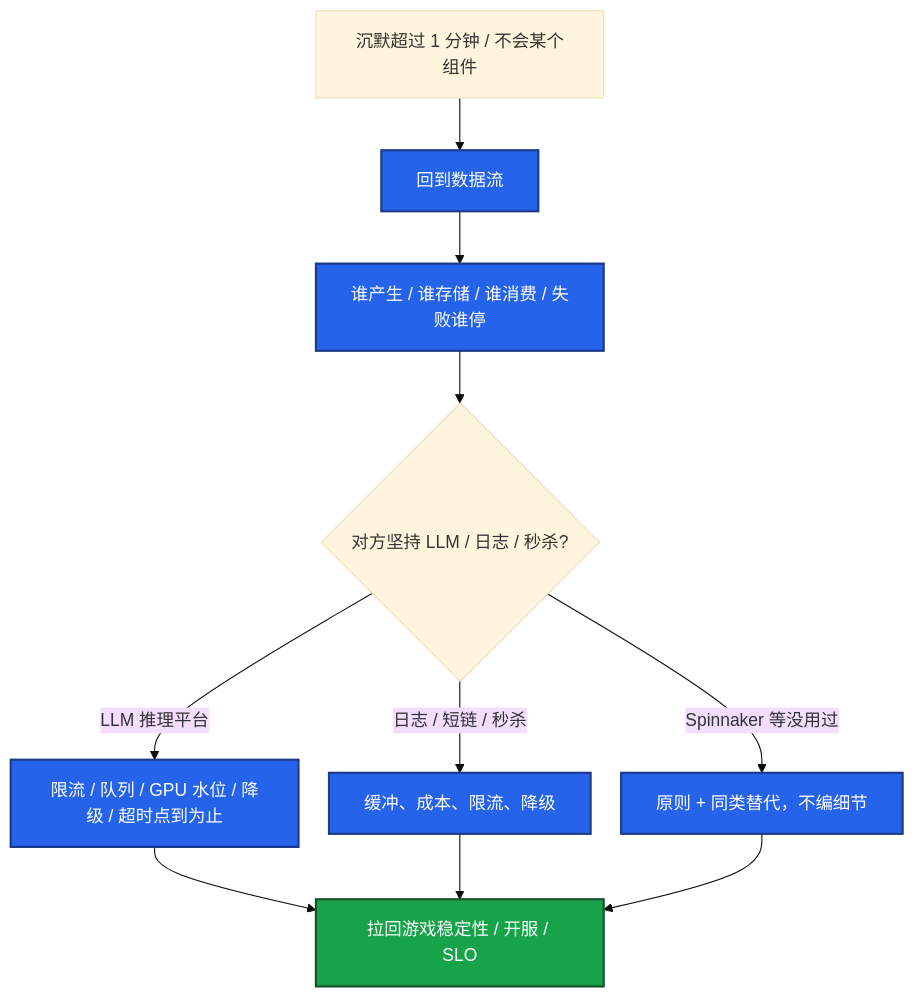
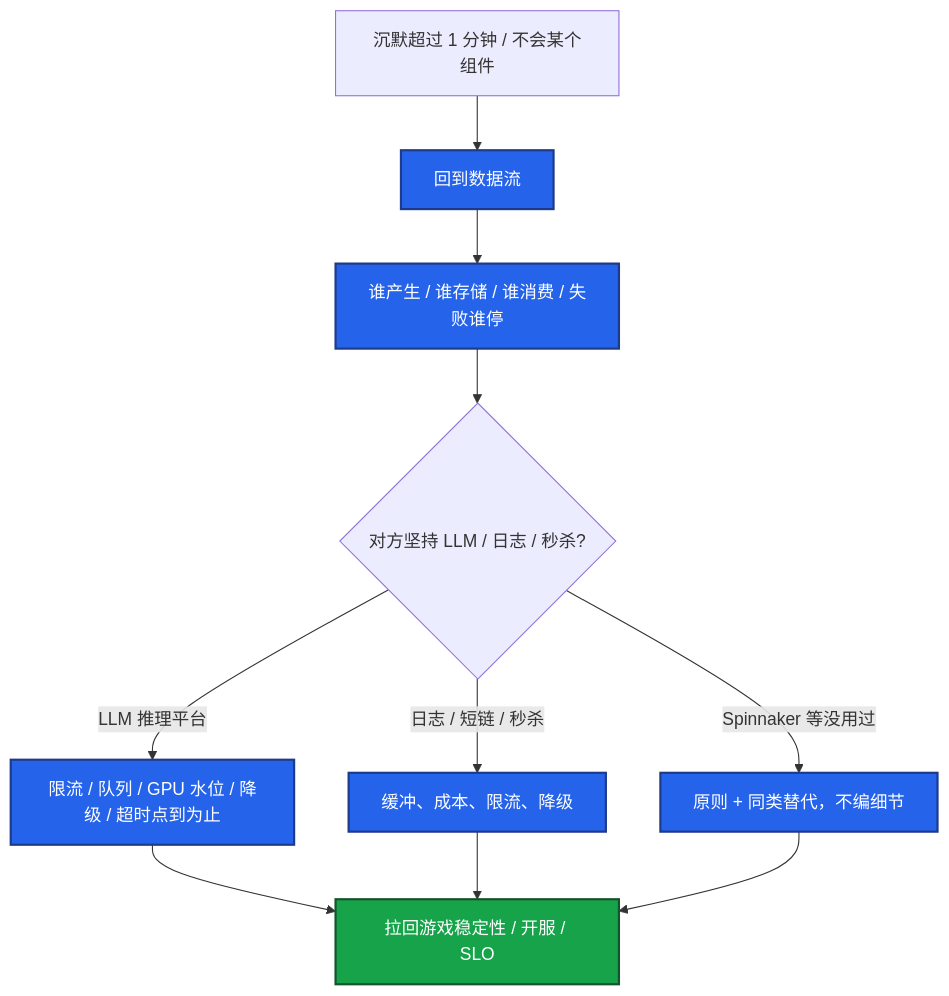
The ninth of 9 diagrams in 01-职业发展/03-系统设计/知识点.md (ml-cuizijun/LearnToLilith), drawn with Mermaid before and after one commit. The commit also changed other lines of this file and 213 other files, not shown here.

````diff
--- a/01-职业发展/03-系统设计/知识点.md
+++ b/01-职业发展/03-系统设计/知识点.md
@@ -435,18 +407,15 @@
 ```mermaid
-%%{init: {"flowchart": {"padding": 16, "nodeSpacing": 28, "rankSpacing": 48}, "theme": "base"}}%%
 flowchart TB
     A[沉默超过 1 分钟 / 不会某个组件] --> B[回到数据流]
     B --> C[谁产生 / 谁存储 / 谁消费 / 失败谁停]
     C --> D{对方坚持 LLM / 日志 / 秒杀?}
     D -->|LLM 推理平台| E[限流 / 队列 / GPU 水位 / 降级 / 超时点到为止]
     D -->|日志 / 短链 / 秒杀| F[缓冲、成本、限流、降级]
     D -->|Spinnaker 等没用过| G[原则 + 同类替代，不编细节]
-    E --> H[拉回游戏稳定性 / 开服 / SLO]
-    F --> H
-    G --> H
+    E & F & G --> H[拉回游戏稳定性 / 开服 / SLO]
 
     classDef a fill:#2563EB,stroke:#1E3A8A,stroke-width:2px,color:#fff
     classDef b fill:#16A34A,stroke:#14532D,stroke-width:2px,color:#fff
     class B,C,E,F,G a
     class H b
 ```
````
